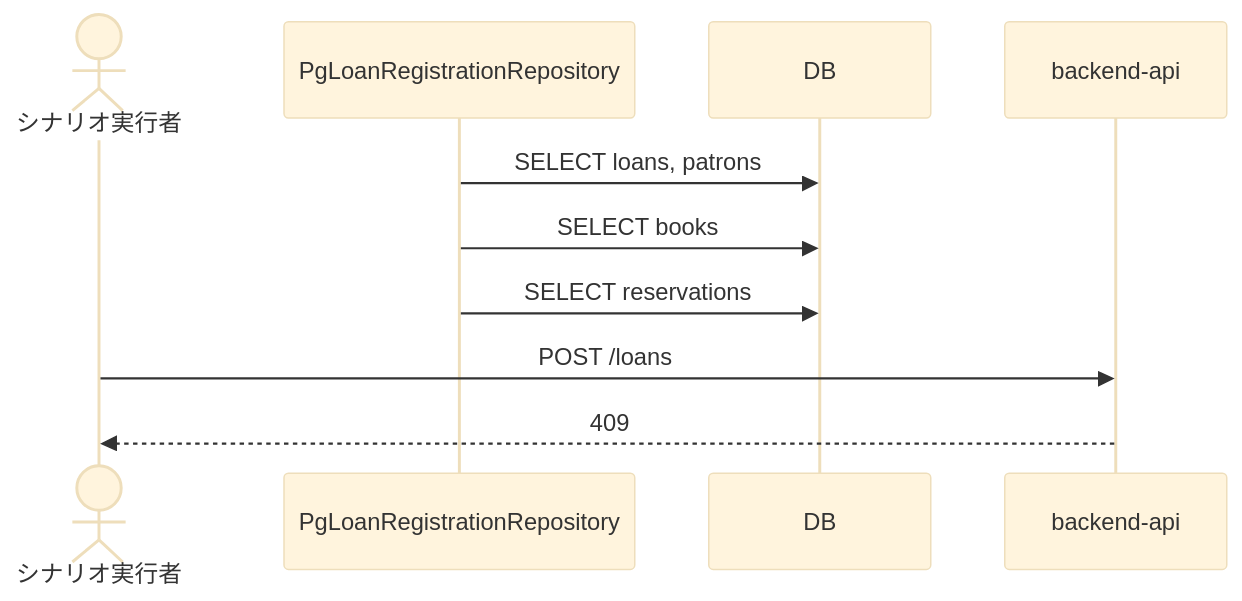
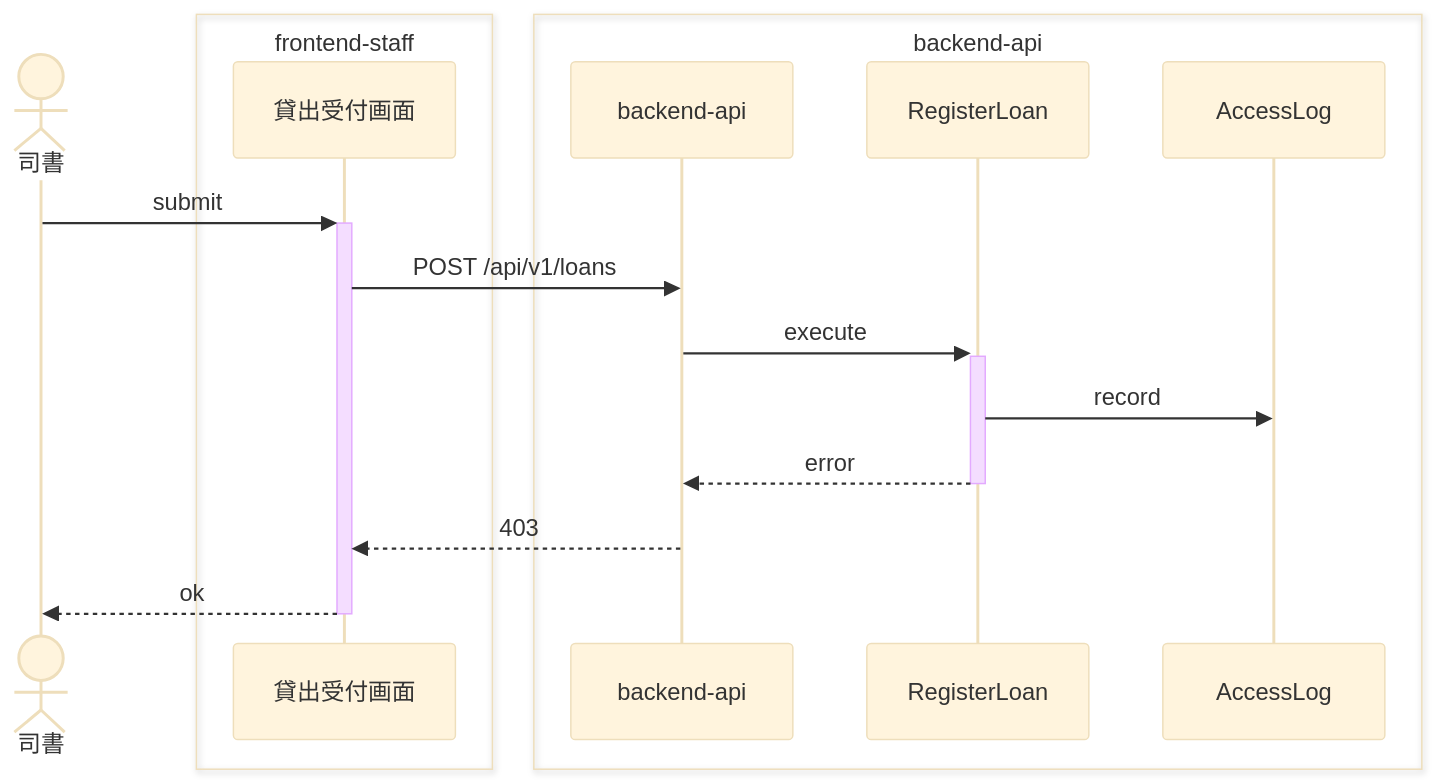
One commit to suwa-sh/suwa-sh-claude-plugins changed the first of 9 diagrams in samples/distillery2/library-loan/docs/as-built/貸出業務/貸出を登録する/sequence.md. Above: the diagram before and after it, drawn with Mermaid (base theme). The commit also changed other lines of this file and 64 other files, not shown here.

First line of the commit message:
feat(distillery2): as-built を読者の順に組み替え、e2e シーケンス図とデータフロー図を追加 (0.1.5)

````diff
--- a/samples/distillery2/library-loan/docs/as-built/貸出業務/貸出を登録する/sequence.md
+++ b/samples/distillery2/library-loan/docs/as-built/貸出業務/貸出を登録する/sequence.md
@@ -7,12 +9,19 @@
 ```mermaid
 sequenceDiagram
-    actor p0________ as シナリオ実行者
-    participant p1_PgLoanRegistrationRepository as PgLoanRegistrationRepository
-    participant p2_DB as DB
-    participant p3_backend_api as backend-api
-    p1_PgLoanRegistrationRepository->>p2_DB: SELECT loans, patrons
-    p1_PgLoanRegistrationRepository->>p2_DB: SELECT books
-    p1_PgLoanRegistrationRepository->>p2_DB: SELECT reservations
-    p0________->>p3_backend_api: POST /loans
-    p3_backend_api-->>p0________: 409
+    actor p0 as 司書
+    box transparent frontend-staff
+        participant p1 as 貸出受付画面
+    end
+    box transparent backend-api
+        participant p2 as backend-api
+        participant p3 as RegisterLoan
+        participant p4 as AccessLog
+    end
+    p0->>+p1: submit
+    p1->>p2: POST /api/v1/loans
+    p2->>+p3: execute
+    p3->>p4: record
+    p3-->>-p2: error
+    p2-->>p1: 403
+    p1-->>-p0: ok
 ```
````
